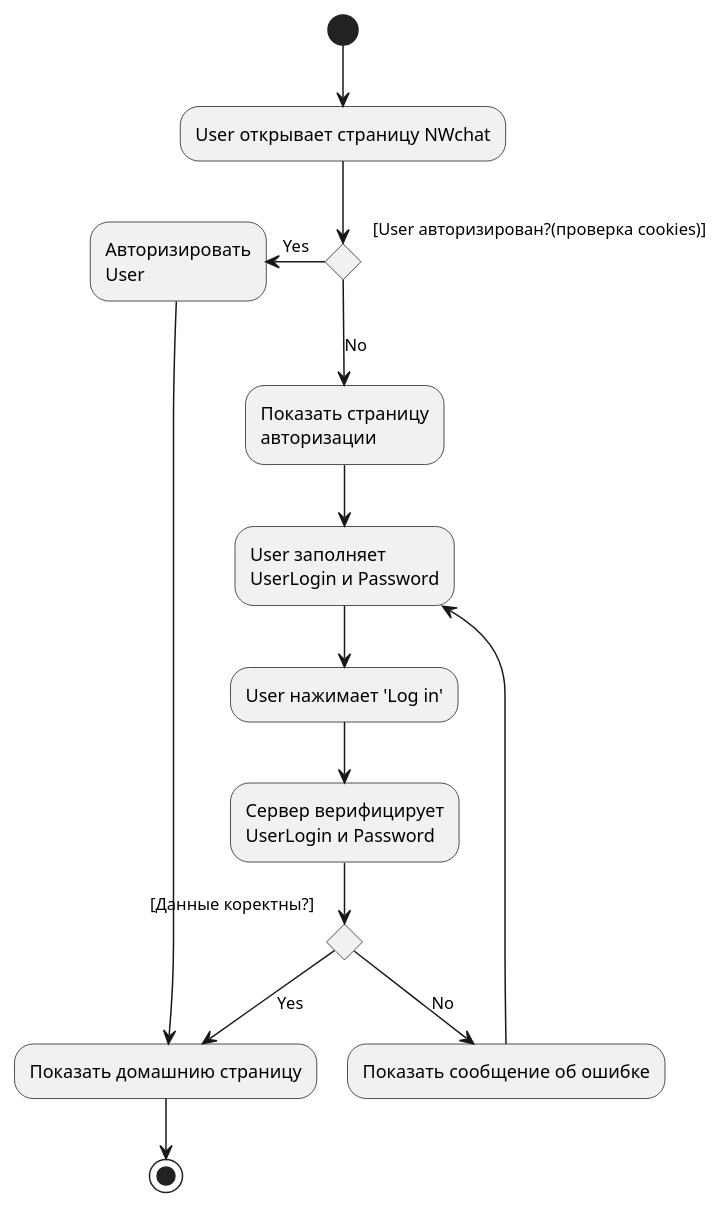
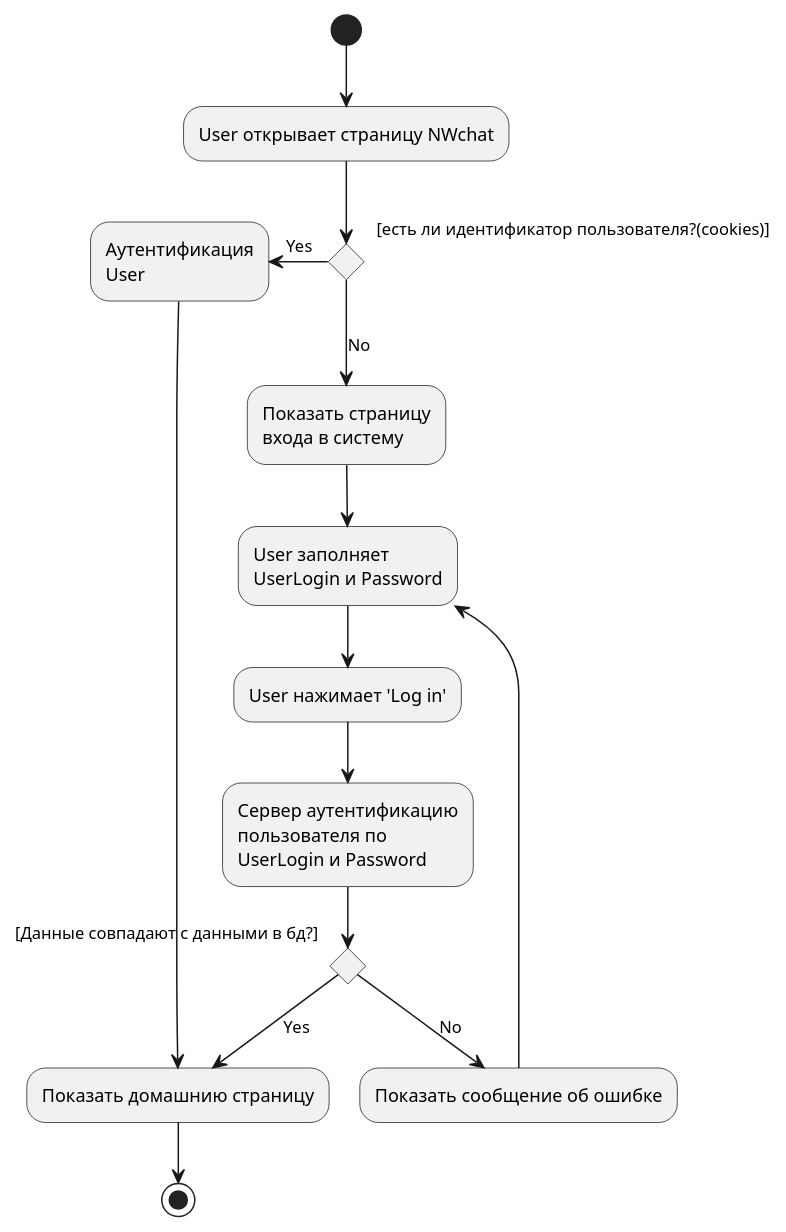
The diagram in UML/activity/login_activity.puml (Pahoomich/nwchat), drawn with PlantUML before and after one commit. The commit also changed 1 other file, not shown here.

```diff
--- a/UML/activity/login_activity.puml
+++ b/UML/activity/login_activity.puml
@@ -1,23 +1,24 @@
 @startuml
 
 (*) --> "User открывает страницу NWchat" as init
-if "[User авторизирован?(проверка cookies)]" then
-  -left->[Yes] "Авторизировать
+if "[есть ли идентификатор пользователя?(cookies)]" then
+  -left->[Yes] "Аутентификация
   User"
   --> "Показать домашнию страницу" as home
   --> (*)
   else
     -->[No] "Показать страницу
-    авторизации"
+    входа в систему"
    --> "User заполняет
     UserLogin и Password" as fills
    --> "User нажимает 'Log in'"
-   --> "Сервер верифицирует
+   --> "Сервер аутентификацию
+   пользователя по
     UserLogin и Password"
-   if "[Данные коректны?]" then
+   if "[Данные совпадают с данными в бд?]" then
     -->[Yes] home
    else
     -->[No] "Показать сообщение об ошибке"
     -->fills
 endif
 @enduml
```
